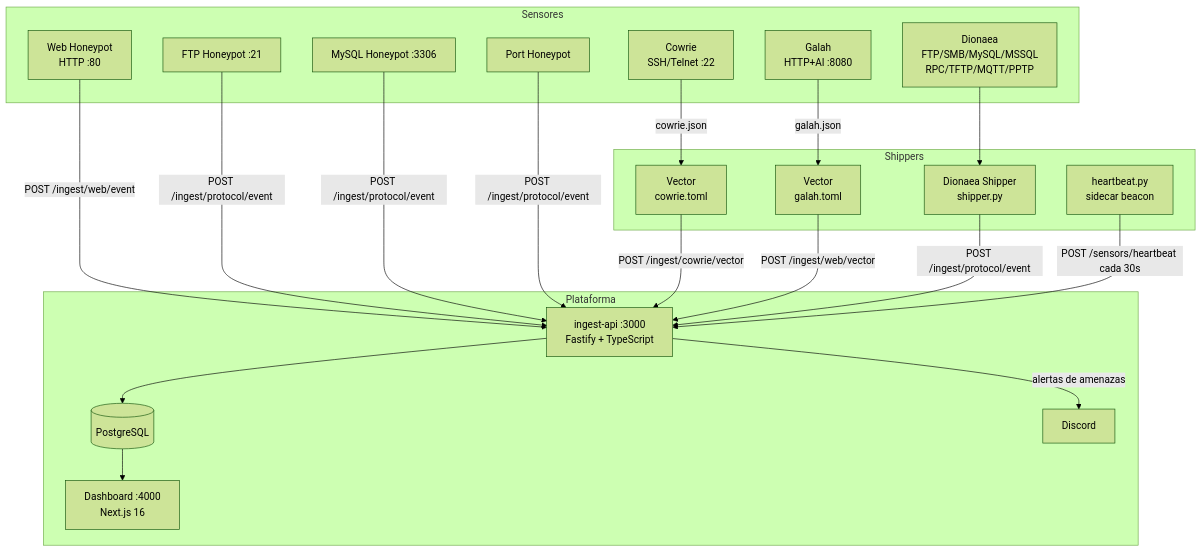
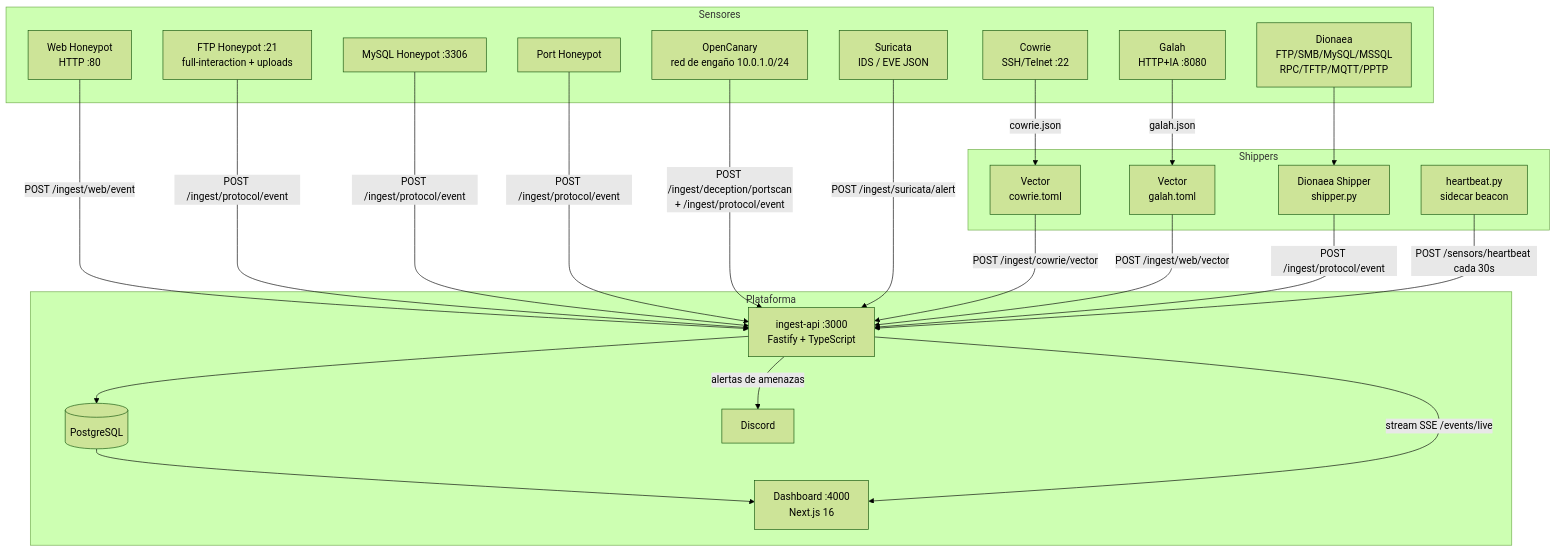
The first of 14 diagrams in apps/docs/src/content/docs/architecture.md (elrichi31/honeypot-ai), drawn with Mermaid (forest theme) before and after one commit. The commit also changed other lines of this file and 15 other files, not shown here.

````diff
--- a/apps/docs/src/content/docs/architecture.md
+++ b/apps/docs/src/content/docs/architecture.md
@@ -8,41 +8,46 @@
 ```mermaid
 graph TD
     subgraph Sensores
         C[Cowrie\nSSH/Telnet :22]
         W[Web Honeypot\nHTTP :80]
-        G[Galah\nHTTP+AI :8080]
+        G[Galah\nHTTP+IA :8080]
         D[Dionaea\nFTP/SMB/MySQL/MSSQL\nRPC/TFTP/MQTT/PPTP]
-        FTP[FTP Honeypot :21]
+        FTP[FTP Honeypot :21\nfull-interaction + uploads]
         SQL[MySQL Honeypot :3306]
         PORT[Port Honeypot]
+        OC[OpenCanary\nred de engaño 10.0.1.0/24]
+        SUR[Suricata\nIDS / EVE JSON]
     end
 
     subgraph Shippers
         VC[Vector\ncowrie.toml]
         VG[Vector\ngalah.toml]
         DS[Dionaea Shipper\nshipper.py]
         HB[heartbeat.py\nsidecar beacon]
     end
 
     subgraph Plataforma
         API[ingest-api :3000\nFastify + TypeScript]
         DB[(PostgreSQL)]
         DASH[Dashboard :4000\nNext.js 16]
         DISC[Discord]
     end
 
     C -->|cowrie.json| VC
     G -->|galah.json| VG
     D --> DS
     W -->|POST /ingest/web/event| API
     FTP -->|POST /ingest/protocol/event| API
     SQL -->|POST /ingest/protocol/event| API
     PORT -->|POST /ingest/protocol/event| API
+    OC -->|POST /ingest/deception/portscan\n+ /ingest/protocol/event| API
+    SUR -->|POST /ingest/suricata/alert| API
     VC -->|POST /ingest/cowrie/vector| API
     VG -->|POST /ingest/web/vector| API
     DS -->|POST /ingest/protocol/event| API
     HB -->|POST /sensors/heartbeat cada 30s| API
     API --> DB
     DB --> DASH
     API -->|alertas de amenazas| DISC
+    API -->|stream SSE /events/live| DASH
 ```
````
